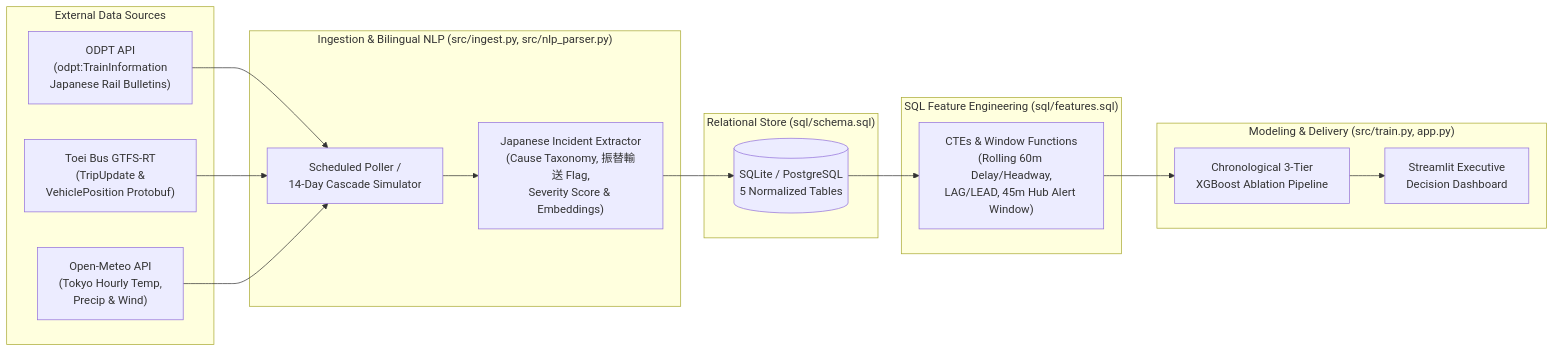
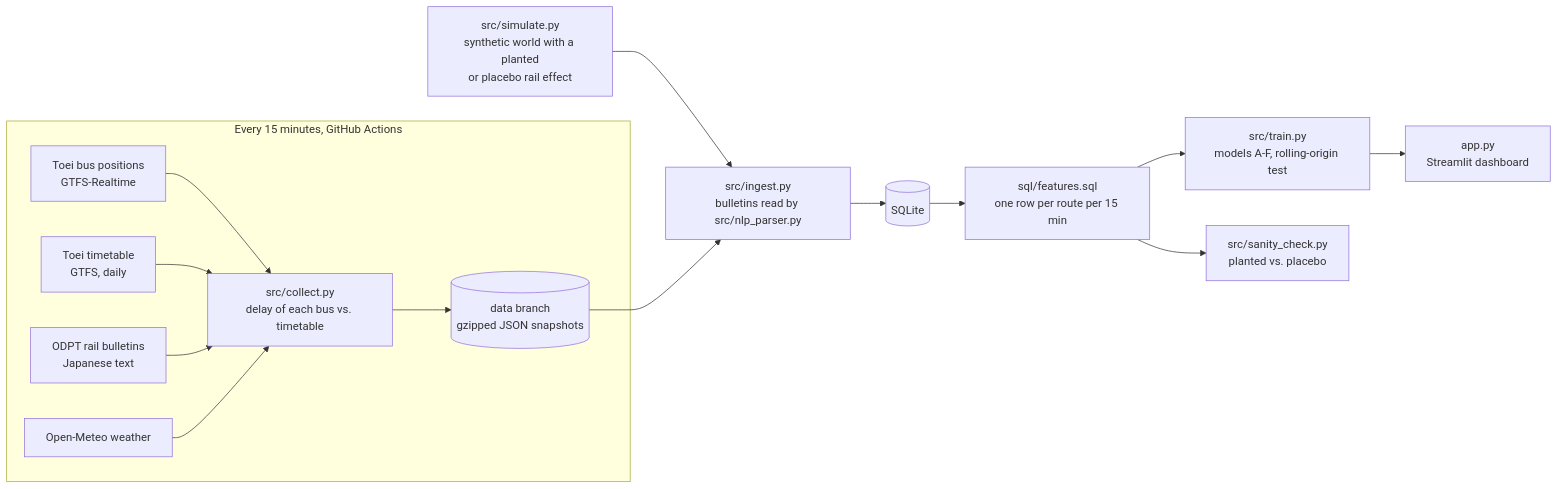
Before and after one commit to dennisdur14/Tokyo-Transit-Disruption-Predictor: the first of 2 diagrams in README.md, drawn with Mermaid. The commit also changed other lines of this file and 28 other files, not shown here.

First line of the commit message:
Rework around real Toei/ODPT data with an honest evaluation

````diff
--- a/README.md
+++ b/README.md
@@ -12,31 +26,17 @@
 ```mermaid
 flowchart LR
-    subgraph Sources["External Data Sources"]
-        ODPT["ODPT API<br/>(odpt:TrainInformation<br/>Japanese Rail Bulletins)"]
-        GTFS["Toei Bus GTFS-RT<br/>(TripUpdate &<br/>VehiclePosition Protobuf)"]
-        WX["Open-Meteo API<br/>(Tokyo Hourly Temp,<br/>Precip & Wind)"]
+    subgraph live["Every 15 minutes, GitHub Actions"]
+        BUS["Toei bus positions<br/>GTFS-Realtime"] --> COL["src/collect.py<br/>delay of each bus vs. timetable"]
+        TT["Toei timetable<br/>GTFS, daily"] --> COL
+        RAIL["ODPT rail bulletins<br/>Japanese text"] --> COL
+        WX["Open-Meteo weather"] --> COL
+        COL --> SNAP[("data branch<br/>gzipped JSON snapshots")]
     end
-
-    subgraph ETL["Ingestion & Bilingual NLP (src/ingest.py, src/nlp_parser.py)"]
-        POLL["Scheduled Poller /<br/>14-Day Cascade Simulator"]
-        NLP["Japanese Incident Extractor<br/>(Cause Taxonomy, 振替輸送 Flag,<br/>Severity Score & Embeddings)"]
-    end
-
-    subgraph DB["Relational Store (sql/schema.sql)"]
-        SQL[(SQLite / PostgreSQL<br/>5 Normalized Tables)]
-    end
-
-    subgraph FE["SQL Feature Engineering (sql/features.sql)"]
-        WIN["CTEs & Window Functions<br/>(Rolling 60m Delay/Headway,<br/>LAG/LEAD, 45m Hub Alert Window)"]
-    end
-
-    subgraph ML["Modeling & Delivery (src/train.py, app.py)"]
-        XGB["Chronological 3-Tier<br/>XGBoost Ablation Pipeline"]
-        UI["Streamlit Executive<br/>Decision Dashboard"]
-    end
-
-    ODPT --> POLL --> NLP --> SQL
-    GTFS --> POLL
-    WX --> POLL
-    SQL --> WIN --> XGB --> UI
+    SIM["src/simulate.py<br/>synthetic world with a planted<br/>or placebo rail effect"] --> LOAD
+    SNAP --> LOAD["src/ingest.py<br/>bulletins read by src/nlp_parser.py"]
+    LOAD --> DB[("SQLite")]
+    DB --> FEAT["sql/features.sql<br/>one row per route per 15 min"]
+    FEAT --> TRAIN["src/train.py<br/>models A-F, rolling-origin test"]
+    FEAT --> CHECK["src/sanity_check.py<br/>planted vs. placebo"]
+    TRAIN --> APP["app.py<br/>Streamlit dashboard"]
 ```
````
